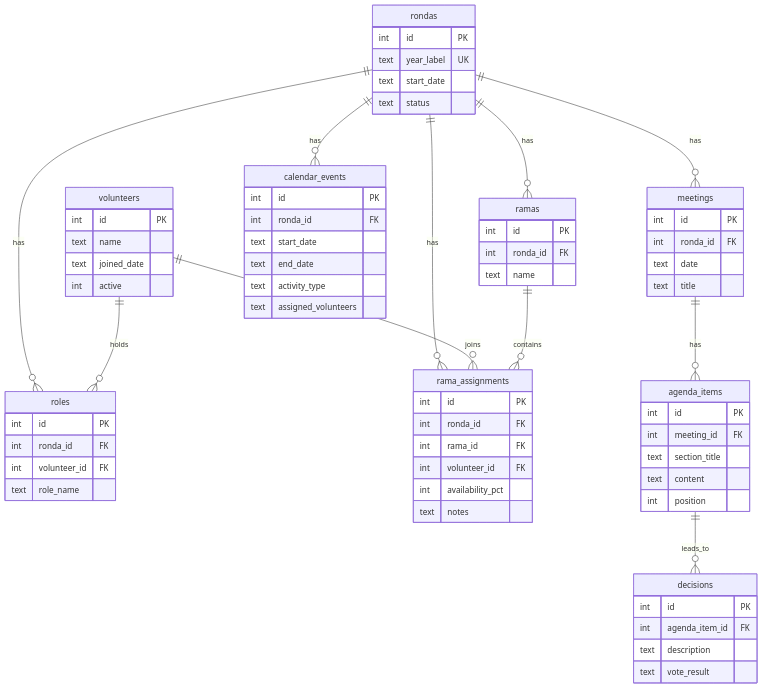
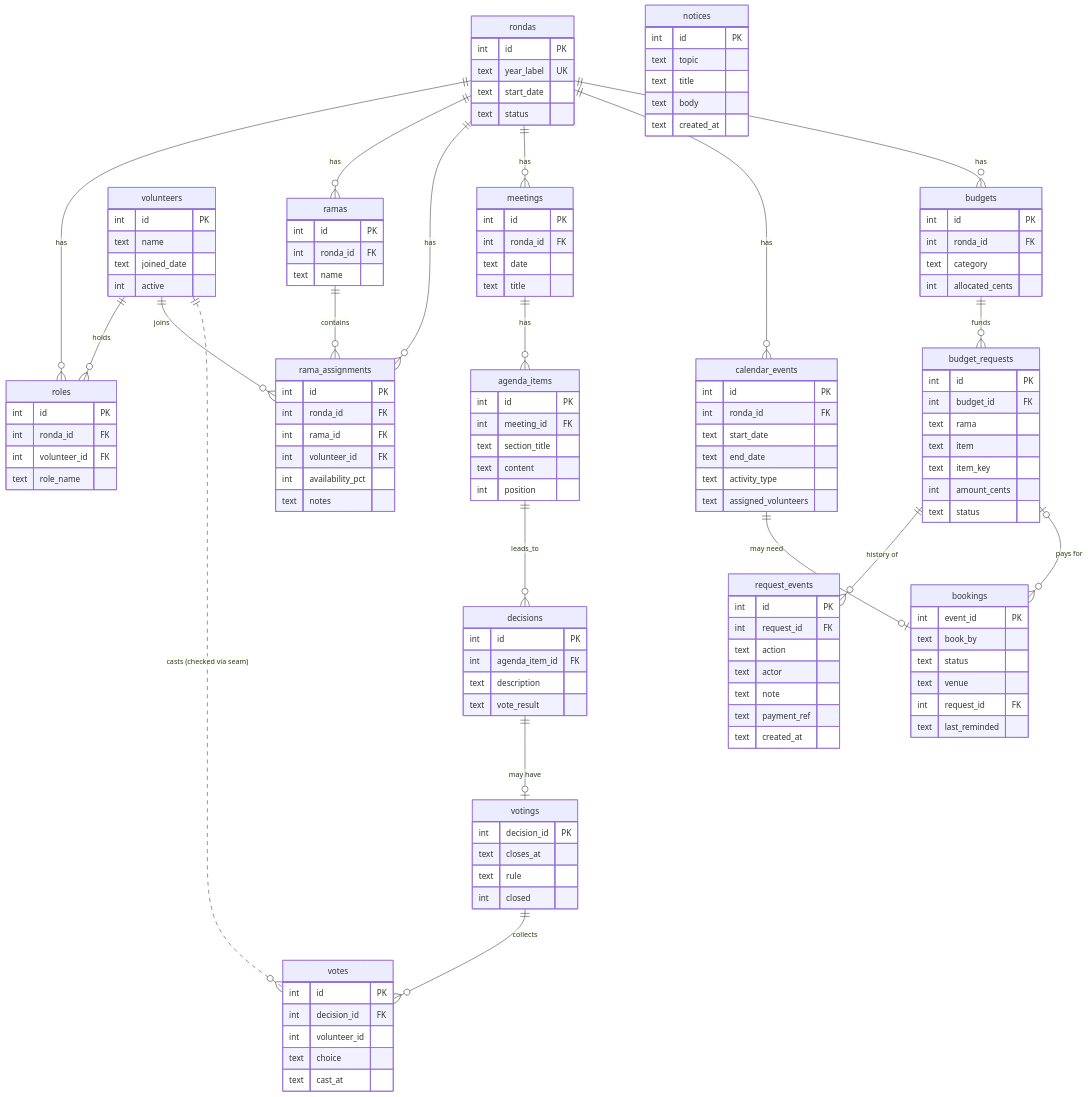
Before and after one commit to oliespineira/guidesSystem: the second of 2 diagrams in README.md, drawn with Mermaid. The commit also changed other lines of this file, not shown here.

````diff
--- a/README.md
+++ b/README.md
@@ -122,13 +268,22 @@
   rondas ||--o{ roles : has
   rondas ||--o{ ramas : has
   rondas ||--o{ rama_assignments : has
-  rondas ||--o{ meetings : has
-  rondas ||--o{ calendar_events : has
   volunteers ||--o{ roles : holds
   volunteers ||--o{ rama_assignments : joins
   ramas ||--o{ rama_assignments : contains
+
+  rondas ||--o{ meetings : has
+  rondas ||--o{ calendar_events : has
+  rondas ||--o{ budgets : has
   meetings ||--o{ agenda_items : has
   agenda_items ||--o{ decisions : leads_to
+  decisions ||--o| votings : "may have"
+  votings ||--o{ votes : collects
+  volunteers ||..o{ votes : "casts (checked via seam)"
+  budgets ||--o{ budget_requests : funds
+  budget_requests ||--o{ request_events : "history of"
+  calendar_events ||--o| bookings : "may need"
+  budget_requests |o--o{ bookings : "pays for"
 
   rondas {
     int id PK
@@ -180,6 +335,19 @@
     text description
     text vote_result
   }
+  votings {
+    int decision_id PK
+    text closes_at
+    text rule
+    int closed
+  }
+  votes {
+    int id PK
+    int decision_id FK
+    int volunteer_id
+    text choice
+    text cast_at
+  }
   calendar_events {
     int id PK
     int ronda_id FK
@@ -188,4 +356,43 @@
     text activity_type
     text assigned_volunteers
   }
+  bookings {
+    int event_id PK
+    text book_by
+    text status
+    text venue
+    int request_id FK
+    text last_reminded
+  }
+  budgets {
+    int id PK
+    int ronda_id FK
+    text category
+    int allocated_cents
+  }
+  budget_requests {
+    int id PK
+    int budget_id FK
+    text rama
+    text item
+    text item_key
+    int amount_cents
+    text status
+  }
+  request_events {
+    int id PK
+    int request_id FK
+    text action
+    text actor
+    text note
+    text payment_ref
+    text created_at
+  }
+  notices {
+    int id PK
+    text topic
+    text title
+    text body
+    text created_at
+  }
 ```
````
